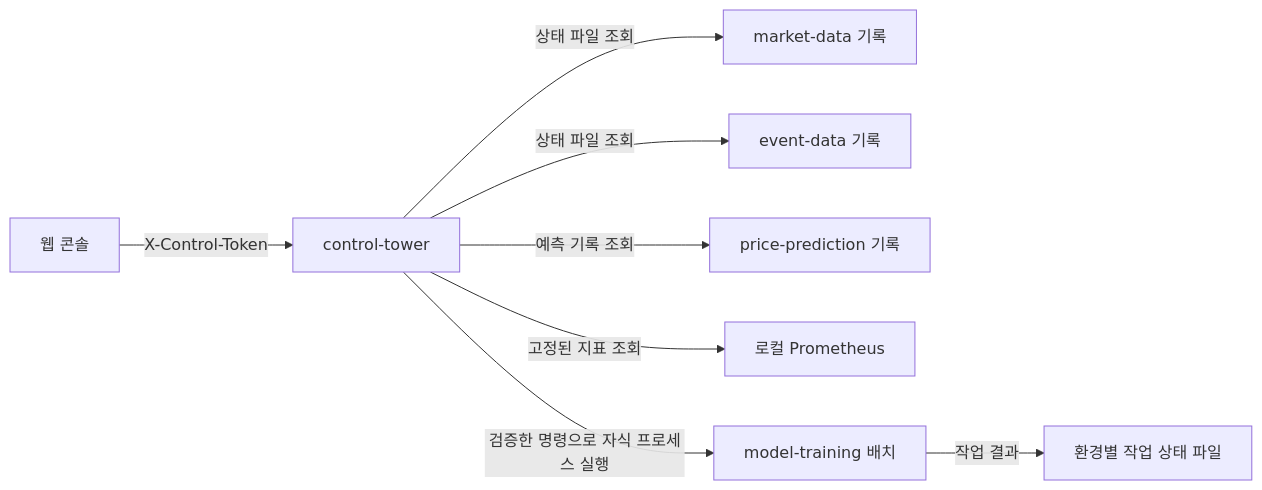
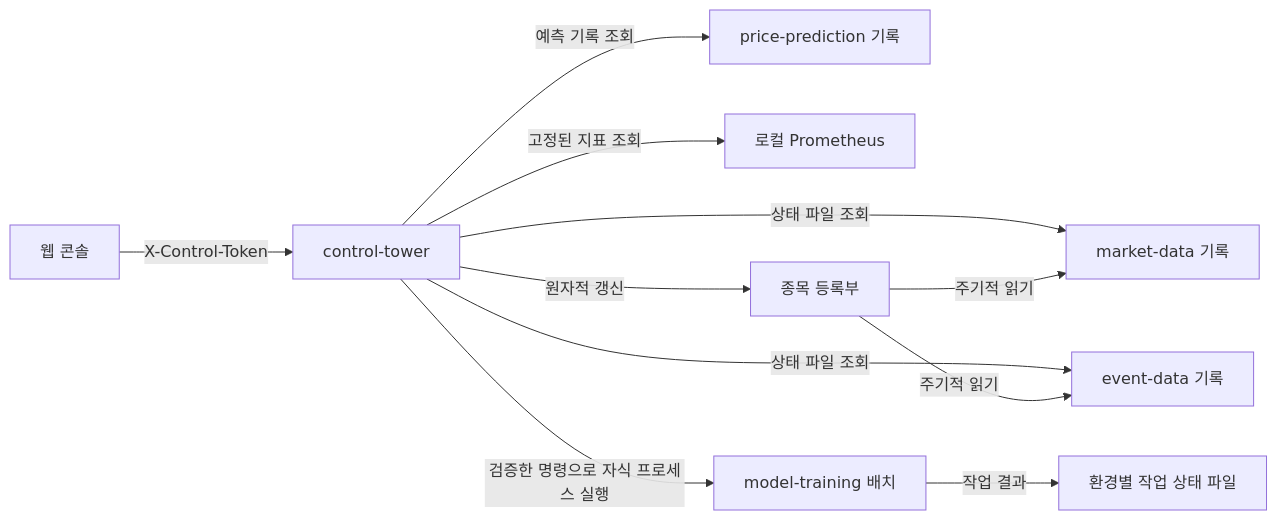
The diagram in docs/lld/05-control-tower.md (ShinYEB/Auto-helm), drawn with Mermaid before and after one commit. The commit also changed other lines of this file and 26 other files, not shown here.

````diff
--- a/docs/lld/05-control-tower.md
+++ b/docs/lld/05-control-tower.md
@@ -11,10 +11,13 @@
 ```mermaid
 flowchart LR
     UI["웹 콘솔"] -->|"X-Control-Token"| CT["control-tower"]
     CT -->|"상태 파일 조회"| MARKET["market-data 기록"]
     CT -->|"상태 파일 조회"| EVENT["event-data 기록"]
     CT -->|"예측 기록 조회"| PRED["price-prediction 기록"]
     CT -->|"고정된 지표 조회"| PROM["로컬 Prometheus"]
     CT -->|"검증한 명령으로 자식 프로세스 실행"| TRAIN["model-training 배치"]
     TRAIN -->|"작업 결과"| JOB["환경별 작업 상태 파일"]
+    CT -->|"원자적 갱신"| WATCH["종목 등록부"]
+    WATCH -->|"주기적 읽기"| MARKET
+    WATCH -->|"주기적 읽기"| EVENT
 ```
````
